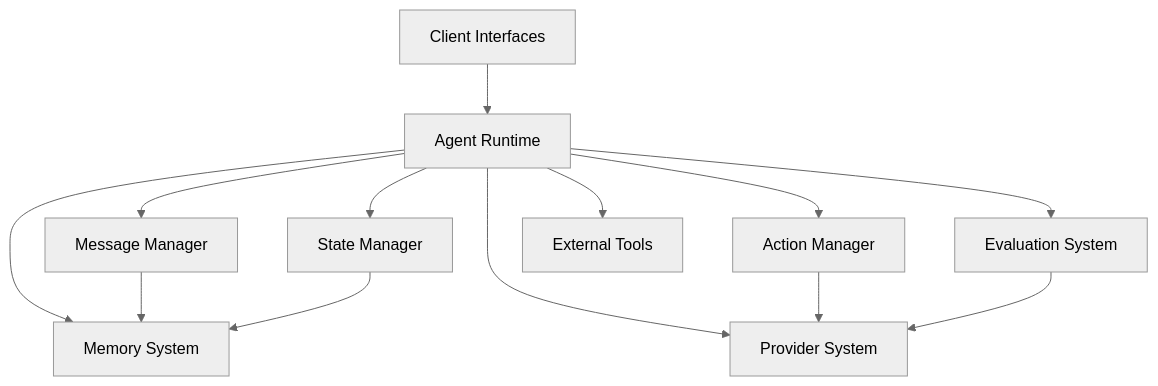
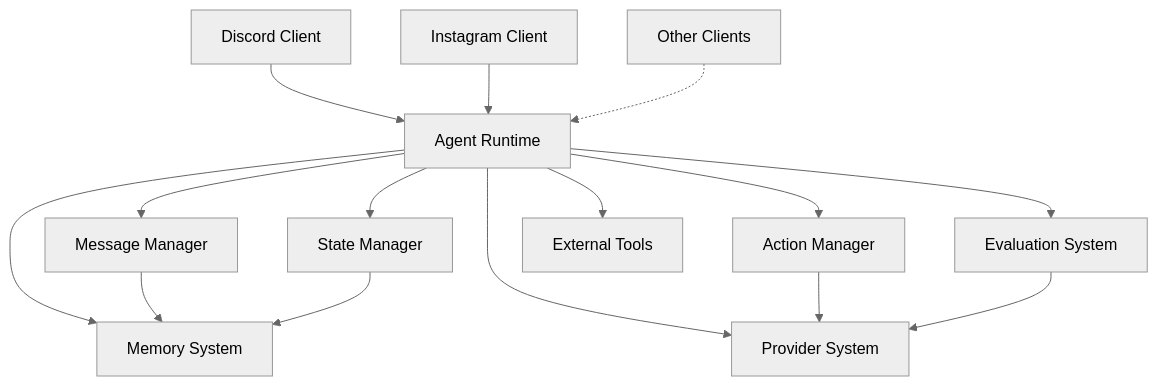
Before and after one commit to granthooks/Carrier: the first of 3 diagrams in memory-bank/systemPatterns.md, drawn with Mermaid (neutral theme). The commit also changed other lines of this file and 12 other files, not shown here.

````diff
--- a/memory-bank/systemPatterns.md
+++ b/memory-bank/systemPatterns.md
@@ -6,17 +6,19 @@
 ```mermaid
 graph TD
     A[Agent Runtime] --> B[Message Manager]
     A --> C[State Manager]
     A --> D[Action Manager]
     A --> E[Evaluation System]
     A --> F[Memory System]
     A --> G[Provider System]
     
     B --> F
     C --> F
     D --> G
     E --> G
     
-    H[Client Interfaces] --> A
+    H1[Discord Client] --> A
+    H2[Instagram Client] --> A
+    H3[Other Clients] -.-> A
     A --> I[External Tools]
 ```
````
